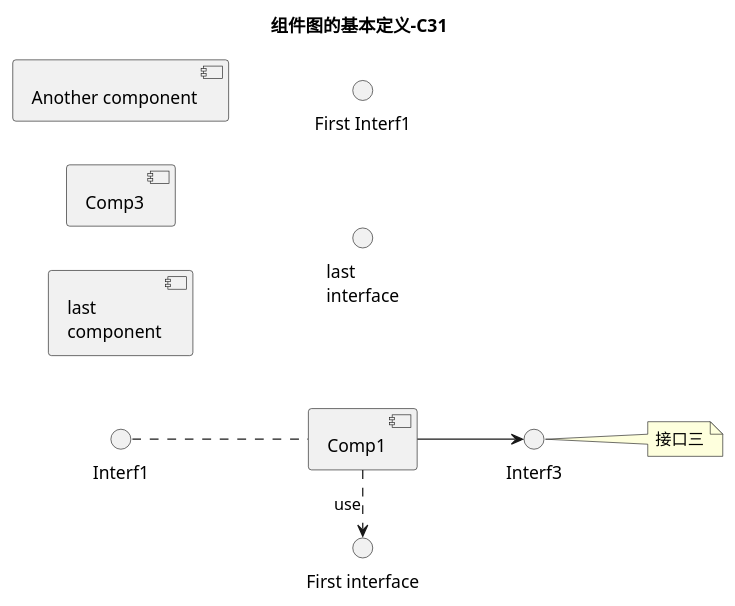
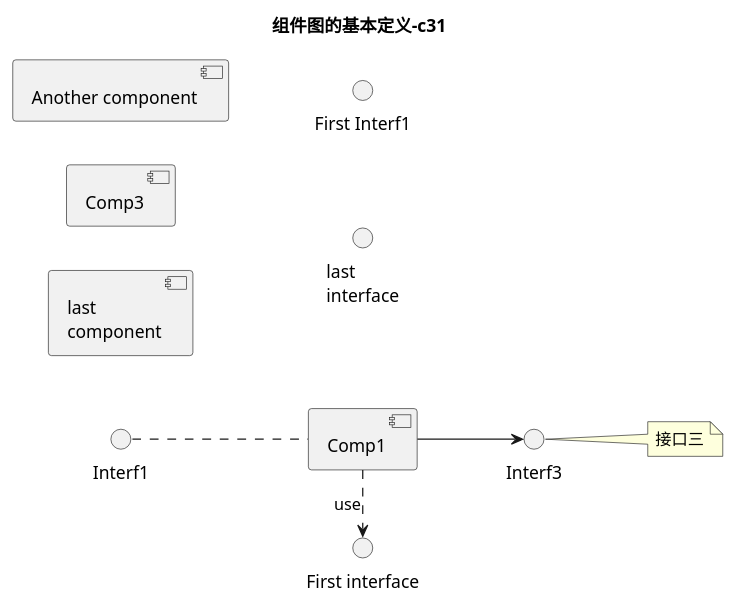
Before and after one commit to securitgithub/plantumlforvscode: the first of 2 diagrams in examples/04_compont_charts.puml, drawn with PlantUML. The commit also changed other lines of this file and 43 other files, not shown here.

```diff
--- a/examples/04_compont_charts.puml
+++ b/examples/04_compont_charts.puml
@@ -1,24 +1,24 @@
 @startuml
-title 组件图的基本定义-C31
+title 组件图的基本定义-c31
 
 left to right direction
 
 [Comp1]
 [Another component] as Comp2
 
 component Comp3
 component [last\ncomponent] as Comp4
 
 () "First Interf1"
 () "First interface" as Interf2
 
 interface Interf3
 interface "last\ninterface" as Interf4
 
 Interf1 .. Comp1
 Comp1 .> Interf2 : use
 Comp1 --> Interf3
 
 note "接口三" as i3
 Interf3 -- i3
 @enduml
```
